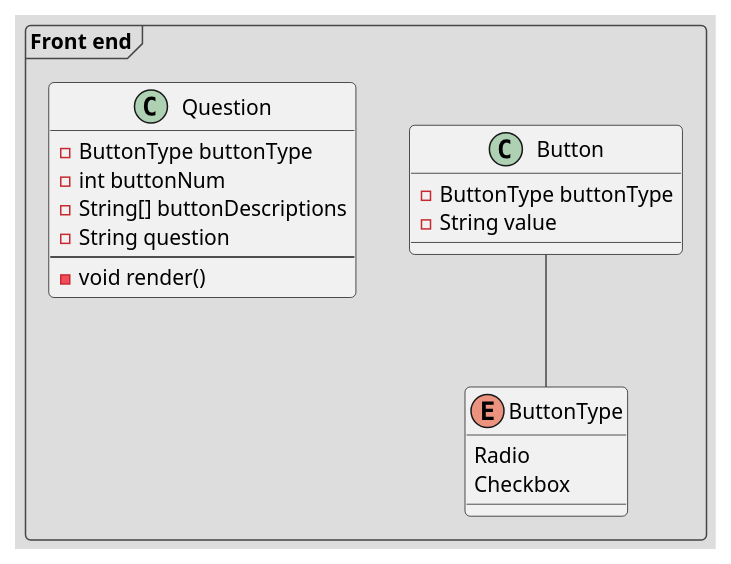
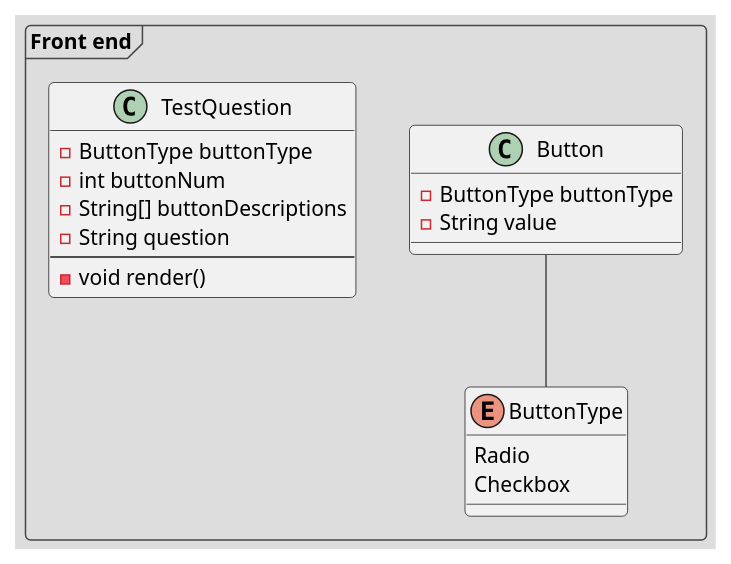
The diagram in uml_plan.puml (IGabrielIli/OnlineAssessment-Gr3), drawn with PlantUML before and after one commit. The commit also changed 4 other files, not shown here.

```diff
--- a/uml_plan.puml
+++ b/uml_plan.puml
@@ -1,23 +1,23 @@
 @startuml ADOPSE_uml
 !theme toy
 frame "Front end" {
   enum ButtonType {
     Radio
     Checkbox
   }
   class Button {
     -ButtonType buttonType
     -String value
 
   }
-  class Question {
+  class TestQuestion {
     -ButtonType buttonType
     -int buttonNum
     -String[] buttonDescriptions
     -String question
     ---
     -void render()
   }
   ButtonType -up- Button
 }
 @enduml
```
